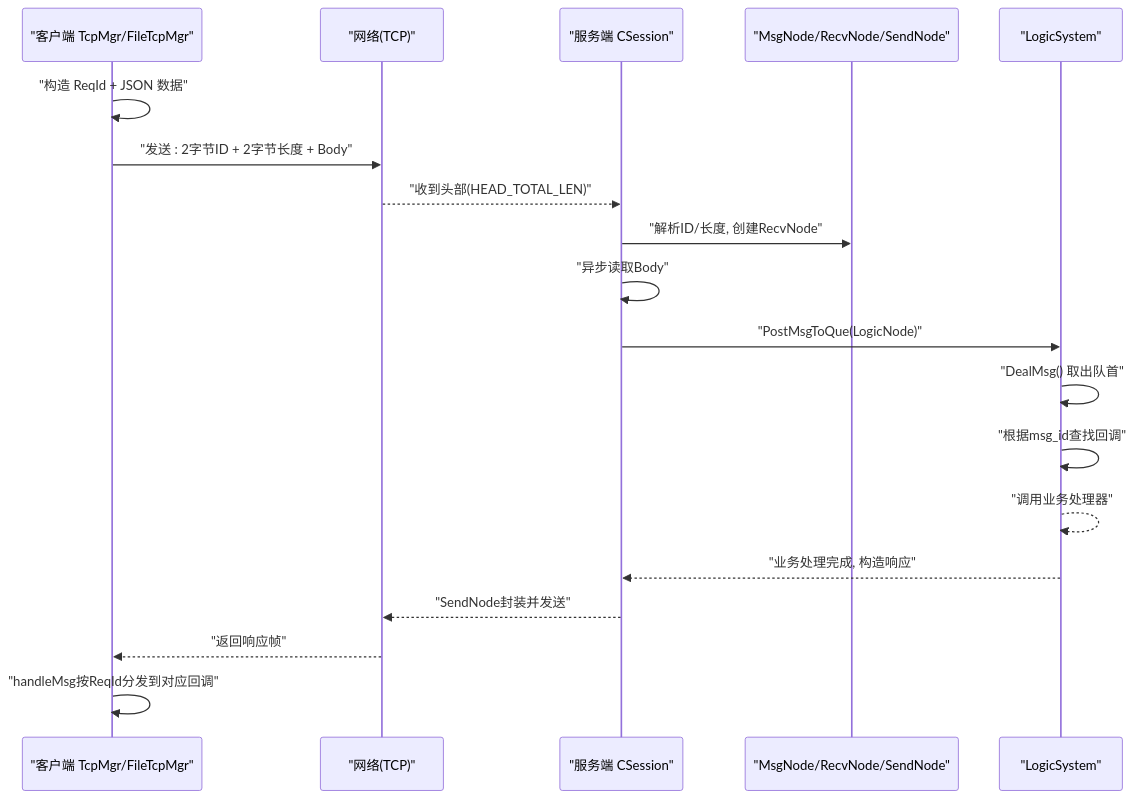
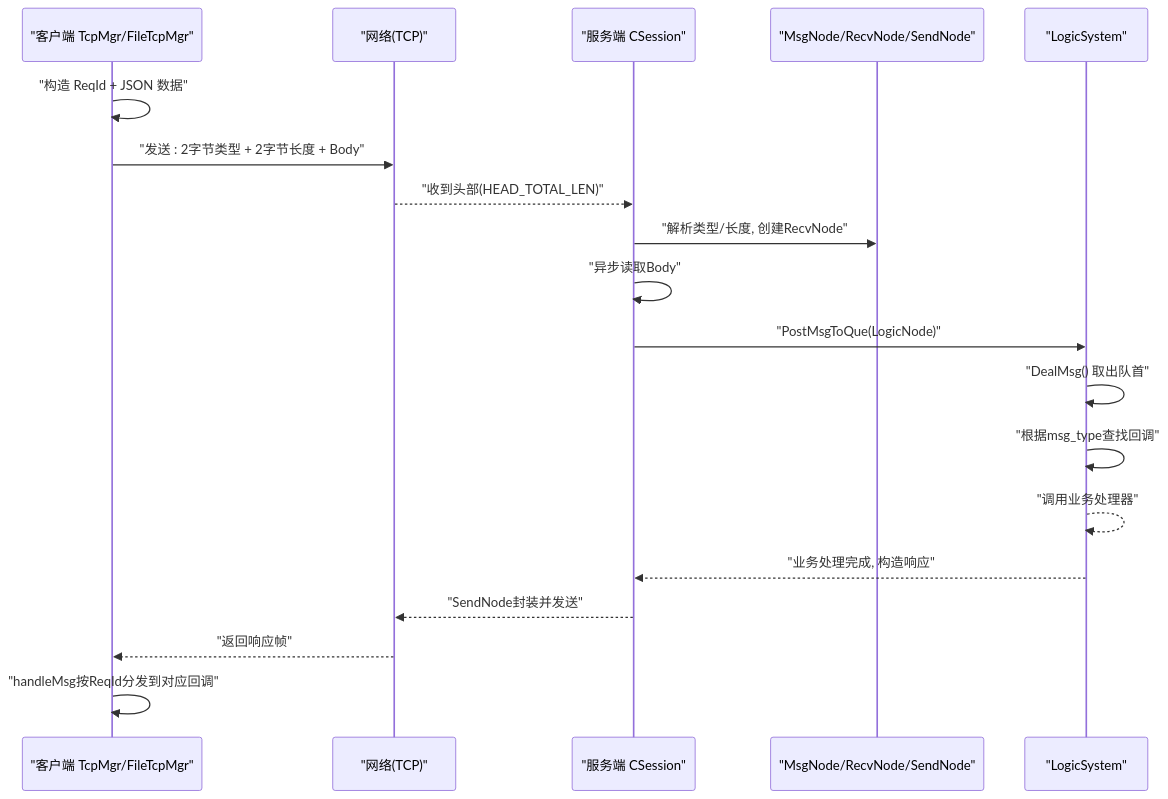
Before and after one commit to echo9923/mychatter: the second of 6 diagrams in .qoder/repowiki/zh/content/网络通信/TCP通信协议/TCP消息协议/消息路由与分发.md, drawn with Mermaid. The commit also changed other lines of this file and 128 other files, not shown here.

````diff
--- a/.qoder/repowiki/zh/content/网络通信/TCP通信协议/TCP消息协议/消息路由与分发.md
+++ b/.qoder/repowiki/zh/content/网络通信/TCP通信协议/TCP消息协议/消息路由与分发.md
@@ -88,21 +88,21 @@
 ```mermaid
 sequenceDiagram
 participant Client as "客户端 TcpMgr/FileTcpMgr"
 participant Net as "网络(TCP)"
 participant Session as "服务端 CSession"
 participant Frame as "MsgNode/RecvNode/SendNode"
 participant Logic as "LogicSystem"
 Client->>Client : "构造 ReqId + JSON 数据"
-Client->>Net : "发送 : 2字节ID + 2字节长度 + Body"
+Client->>Net : "发送 : 2字节类型 + 2字节长度 + Body"
 Net-->>Session : "收到头部(HEAD_TOTAL_LEN)"
-Session->>Frame : "解析ID/长度, 创建RecvNode"
+Session->>Frame : "解析类型/长度, 创建RecvNode"
 Session->>Session : "异步读取Body"
 Session->>Logic : "PostMsgToQue(LogicNode)"
 Logic->>Logic : "DealMsg() 取出队首"
-Logic->>Logic : "根据msg_id查找回调"
+Logic->>Logic : "根据msg_type查找回调"
 Logic-->>Logic : "调用业务处理器"
 Logic-->>Session : "业务处理完成, 构造响应"
 Session-->>Net : "SendNode封装并发送"
 Net-->>Client : "返回响应帧"
 Client->>Client : "handleMsg按ReqId分发到对应回调"
 ```
````
